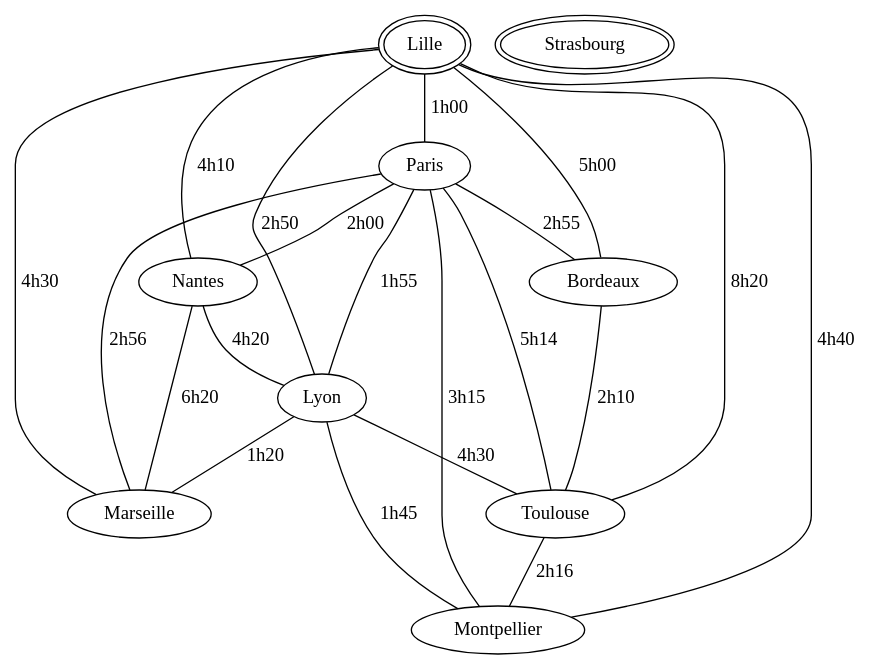
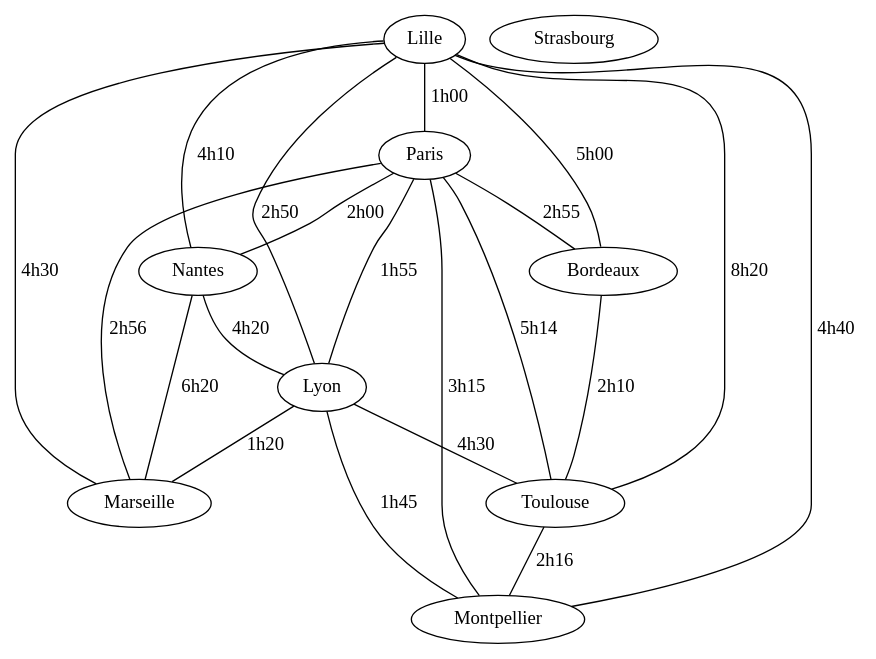
One commit to Z3ZEL/cpbxS3 changed the diagram in tmp/tgv2005-0.dot. Above: the diagram before and after it, drawn with Graphviz. The commit also changed 7 other files, not shown here.

```diff
--- a/tmp/tgv2005-0.dot
+++ b/tmp/tgv2005-0.dot
@@ -1,32 +1,32 @@
 graph "tgv2005" {
 
   "Lille" -- "Paris" [label="1h00"];
   "Lille" -- "Nantes" [label="4h10"];
   "Lille" -- "Lyon" [label="2h50"];
   "Lille" -- "Bordeaux" [label="5h00"];
   "Lille" -- "Toulouse" [label="8h20"];
   "Lille" -- "Marseille" [label="4h30"];
   "Lille" -- "Montpellier" [label="4h40"];
-  "Lille"  [style = filled, peripheries = 2, fillcolor = white, fontcolor = black, color = Black];
+  "Lille"  [style = filled, peripheries = 1, fillcolor = white, fontcolor = black, color = black];
   "Paris" -- "Nantes" [label="2h00"];
   "Paris" -- "Lyon" [label="1h55"];
   "Paris" -- "Bordeaux" [label="2h55"];
   "Paris" -- "Marseille" [label="2h56"];
   "Paris" -- "Montpellier" [label="3h15"];
   "Paris" -- "Toulouse" [label="5h14"];
   "Paris"  [style = filled, peripheries = 1, fillcolor = white, fontcolor = black, color = black];
   "Nantes" -- "Lyon" [label="4h20"];
   "Nantes" -- "Marseille" [label="6h20"];
   "Nantes"  [style = filled, peripheries = 1, fillcolor = white, fontcolor = black, color = black];
   "Lyon" -- "Toulouse" [label="4h30"];
   "Lyon" -- "Marseille" [label="1h20"];
   "Lyon" -- "Montpellier" [label="1h45"];
   "Lyon"  [style = filled, peripheries = 1, fillcolor = white, fontcolor = black, color = black];
   "Bordeaux" -- "Toulouse" [label="2h10"];
   "Bordeaux"  [style = filled, peripheries = 1, fillcolor = white, fontcolor = black, color = black];
   "Toulouse" -- "Montpellier" [label="2h16"];
   "Toulouse"  [style = filled, peripheries = 1, fillcolor = white, fontcolor = black, color = black];
   "Marseille"  [style = filled, peripheries = 1, fillcolor = white, fontcolor = black, color = black];
   "Montpellier"  [style = filled, peripheries = 1, fillcolor = white, fontcolor = black, color = black];
-  "Strasbourg"  [style = filled, peripheries = 2, fillcolor = white, fontcolor = black, color = Black];
+  "Strasbourg"  [style = filled, peripheries = 1, fillcolor = white, fontcolor = black, color = black];
 }
```
